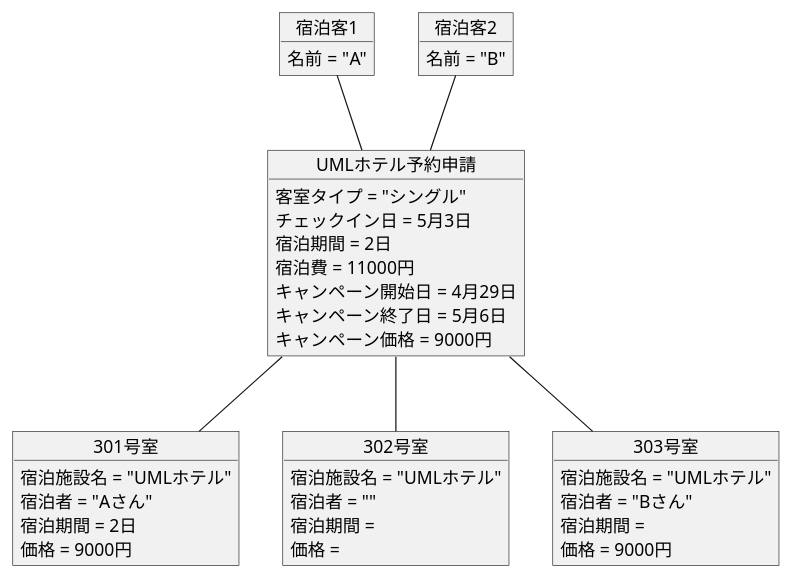
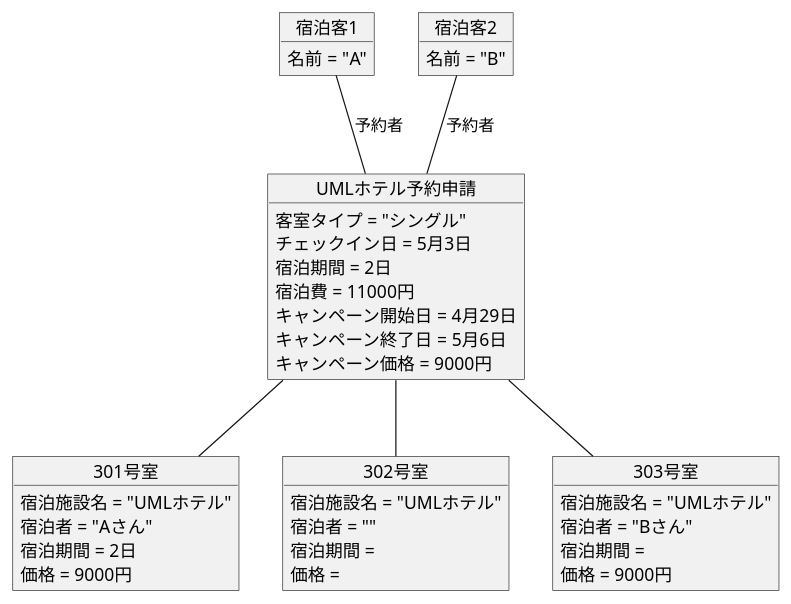
The diagram in 演習3-5_OBJ_ホテル宿泊予約.pu (ponkotu1/uml-introduction), drawn with PlantUML before and after one commit. The commit also changed 5 other files, not shown here.

```diff
--- a/演習3-5_OBJ_ホテル宿泊予約.pu
+++ b/演習3-5_OBJ_ホテル宿泊予約.pu
@@ -1,41 +1,41 @@
 @startuml 演習3-5
 skinparam classAttributeIconSize 0
 object 宿泊客1{
 名前 = "A"
 }
 object 宿泊客2{
 名前 = "B"
 }
 object UMLホテル予約申請{
 客室タイプ = "シングル"
 チェックイン日 = 5月3日
 宿泊期間 = 2日
 宿泊費 = 11000円
 キャンペーン開始日 = 4月29日
 キャンペーン終了日 = 5月6日
 キャンペーン価格 = 9000円
 }
 object 301号室{
 宿泊施設名 = "UMLホテル"
 宿泊者 = "Aさん"
 宿泊期間 = 2日
 価格 = 9000円
 }
 object 302号室{
 宿泊施設名 = "UMLホテル"
 宿泊者 = ""
 宿泊期間 = 
 価格 = 
 }
 object 303号室{
 宿泊施設名 = "UMLホテル"
 宿泊者 = "Bさん"
 宿泊期間 = 
 価格 = 9000円
 }
-宿泊客1 -- UMLホテル予約申請
-宿泊客2 -- UMLホテル予約申請
+宿泊客1 -- UMLホテル予約申請:予約者
+宿泊客2 -- UMLホテル予約申請:予約者
 UMLホテル予約申請 -- 301号室
 UMLホテル予約申請 -- 302号室
 UMLホテル予約申請 -- 303号室
 @enduml
```
